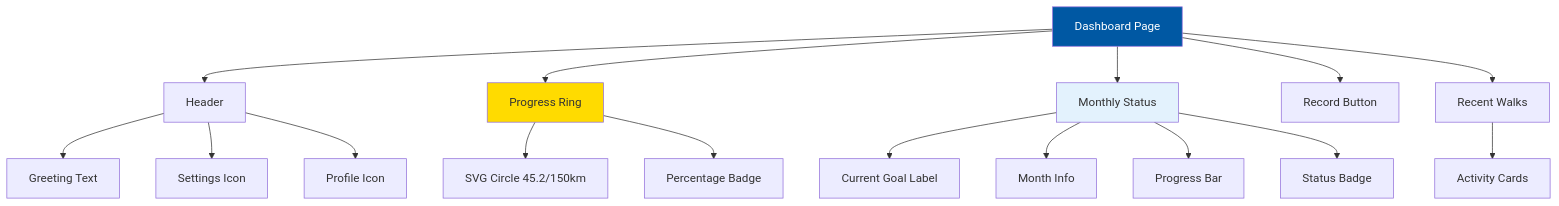
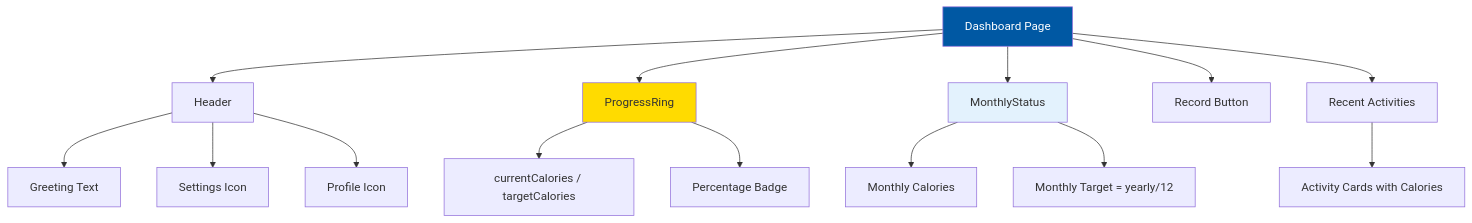
The fifth of 10 diagrams in docs/project_analysis.md (ilhaminudin24/ITDigital-wellbeing), drawn with Mermaid before and after one commit. The commit also changed other lines of this file and 8 other files, not shown here.

````diff
--- a/docs/project_analysis.md
+++ b/docs/project_analysis.md
@@ -242,26 +271,24 @@
 ```mermaid
 flowchart TD
     A[Dashboard Page] --> B[Header]
-    A --> C[Progress Ring]
-    A --> D[Monthly Status]
+    A --> C[ProgressRing]
+    A --> D[MonthlyStatus]
     A --> E[Record Button]
-    A --> F[Recent Walks]
+    A --> F[Recent Activities]
     
     B --> B1[Greeting Text]
     B --> B2[Settings Icon]
     B --> B3[Profile Icon]
     
-    C --> C1[SVG Circle 45.2/150km]
+    C --> C1[currentCalories / targetCalories]
     C --> C2[Percentage Badge]
     
-    D --> D1[Current Goal Label]
-    D --> D2[Month Info]
-    D --> D3[Progress Bar]
-    D --> D4[Status Badge]
+    D --> D1[Monthly Calories]
+    D --> D2[Monthly Target = yearly/12]
     
-    F --> F1[Activity Cards]
+    F --> F1[Activity Cards with Calories]
 
     style A fill:#0058a3,color:#fff
     style C fill:#ffdb00
     style D fill:#e3f2fd
 ```
````
